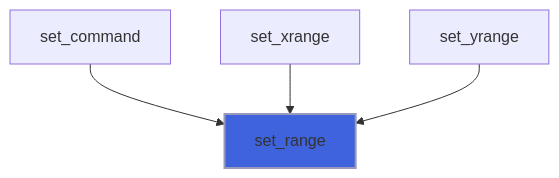
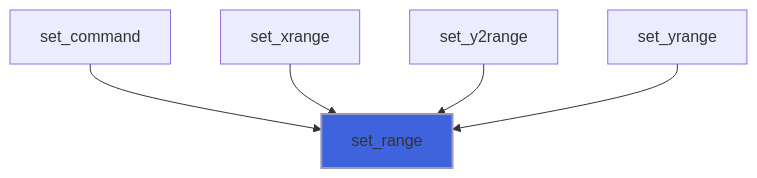
Before and after one commit to szaghi/foresight: the second of 7 diagrams in docs/api/src/lib/foresight_axis.md, drawn with Mermaid. The commit also changed other lines of this file and 97 other files, not shown here.

````diff
--- a/docs/api/src/lib/foresight_axis.md
+++ b/docs/api/src/lib/foresight_axis.md
@@ -84,7 +86,8 @@
 ```mermaid
 flowchart TD
   set_command["set_command"] --> set_range["set_range"]
   set_xrange["set_xrange"] --> set_range["set_range"]
+  set_y2range["set_y2range"] --> set_range["set_range"]
   set_yrange["set_yrange"] --> set_range["set_range"]
   style set_range fill:#3e63dd,stroke:#99b,stroke-width:2px
 ```
````
